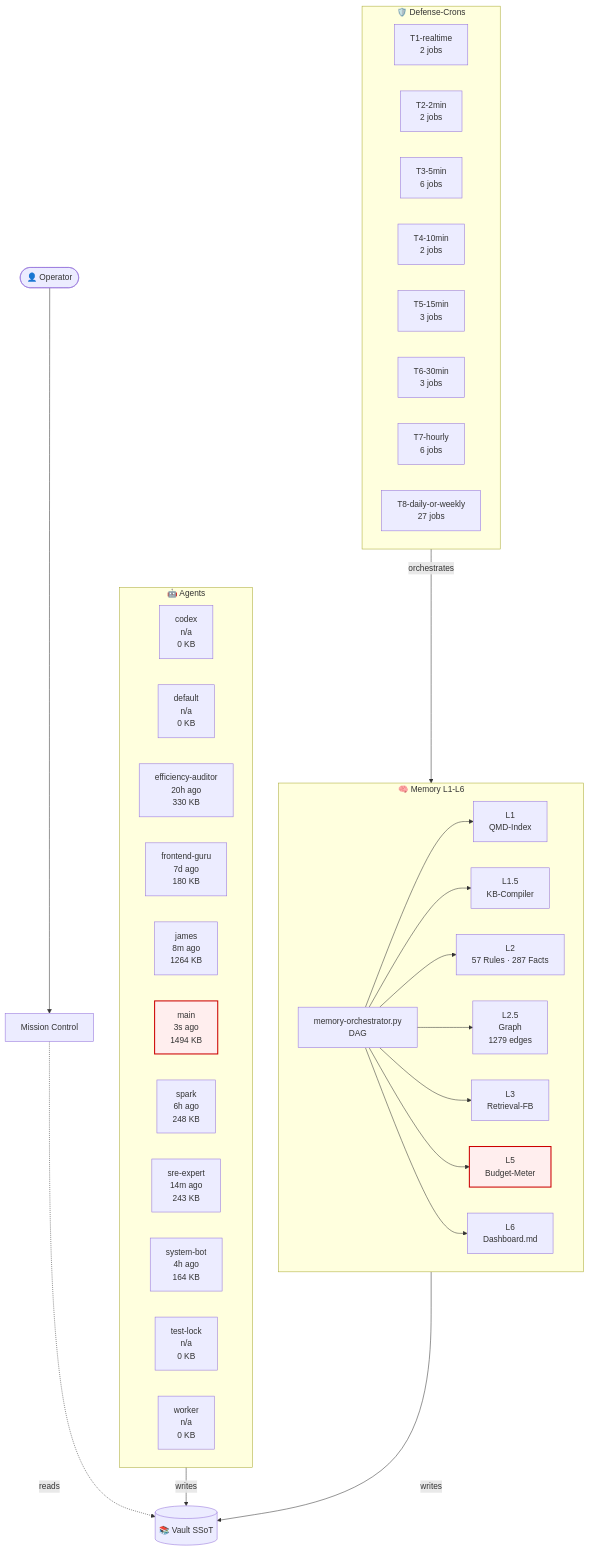
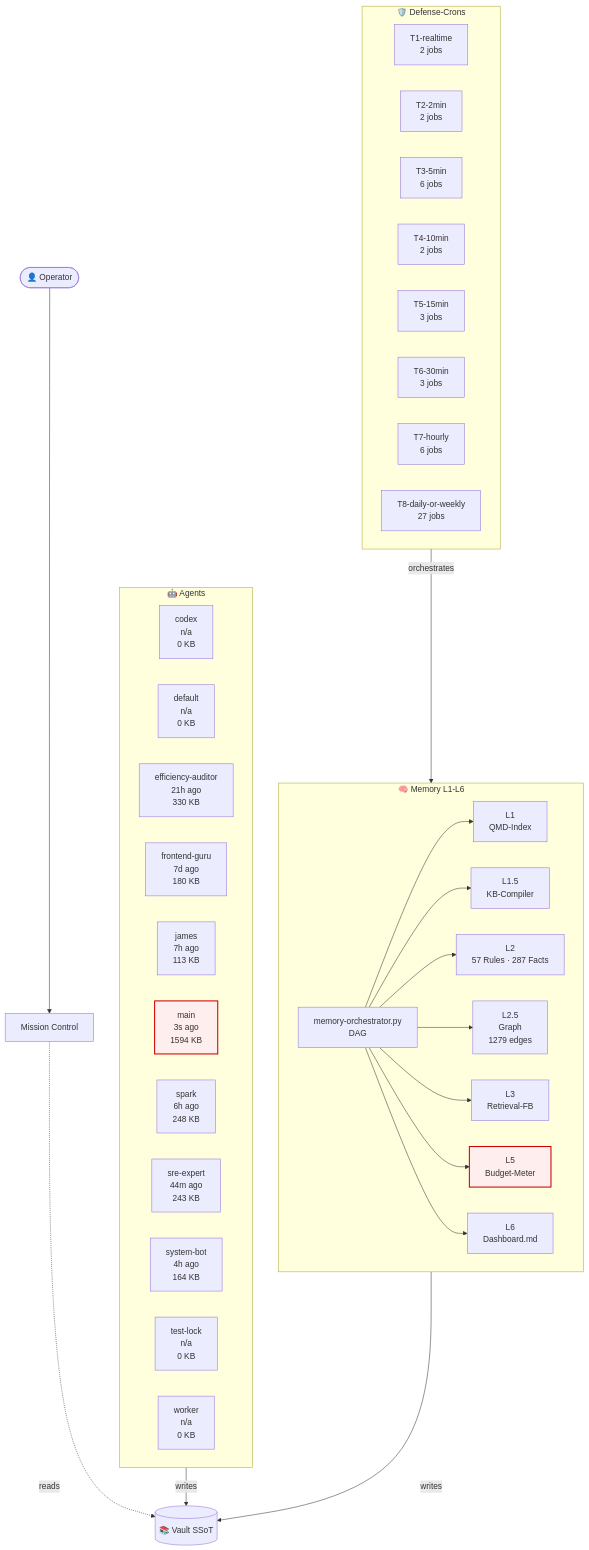
The diagram in 03-Agents/architecture-live.md (lenardhuebner88-rgb/openclaw-memory), drawn with Mermaid before and after one commit. The commit also changed other lines of this file and 1 other file, not shown here.

````diff
--- a/03-Agents/architecture-live.md
+++ b/03-Agents/architecture-live.md
@@ -18,54 +18,54 @@
 ```mermaid
 flowchart TB
     classDef critical fill:#fee,stroke:#c00,stroke-width:2px;
     subgraph AGT["🤖 Agents"]
         agent_codex["codex<br/>n/a<br/>0 KB"]
         agent_default["default<br/>n/a<br/>0 KB"]
-        agent_efficiency_auditor["efficiency-auditor<br/>20h ago<br/>330 KB"]
+        agent_efficiency_auditor["efficiency-auditor<br/>21h ago<br/>330 KB"]
         agent_frontend_guru["frontend-guru<br/>7d ago<br/>180 KB"]
-        agent_james["james<br/>8m ago<br/>1264 KB"]
-        agent_main["main<br/>3s ago<br/>1494 KB"]
+        agent_james["james<br/>7h ago<br/>113 KB"]
+        agent_main["main<br/>3s ago<br/>1594 KB"]
         agent_spark["spark<br/>6h ago<br/>248 KB"]
-        agent_sre_expert["sre-expert<br/>14m ago<br/>243 KB"]
+        agent_sre_expert["sre-expert<br/>44m ago<br/>243 KB"]
         agent_system_bot["system-bot<br/>4h ago<br/>164 KB"]
         agent_test_lock["test-lock<br/>n/a<br/>0 KB"]
         agent_worker["worker<br/>n/a<br/>0 KB"]
     end
     subgraph MEM["🧠 Memory L1-L6"]
         L1["L1<br/>QMD-Index"]
         L15["L1.5<br/>KB-Compiler"]
         L2["L2<br/>57 Rules · 287 Facts"]
         L25["L2.5<br/>Graph<br/>1279 edges"]
         L3["L3<br/>Retrieval-FB"]
         L5["L5<br/>Budget-Meter"]
         L6["L6<br/>Dashboard.md"]
         ORCH["memory-orchestrator.py<br/>DAG"]
     end
     subgraph CRN["🛡️ Defense-Crons"]
         tier_T1_realtime["T1-realtime<br/>2 jobs"]
         tier_T2_2min["T2-2min<br/>2 jobs"]
         tier_T3_5min["T3-5min<br/>6 jobs"]
         tier_T4_10min["T4-10min<br/>2 jobs"]
         tier_T5_15min["T5-15min<br/>3 jobs"]
         tier_T6_30min["T6-30min<br/>3 jobs"]
         tier_T7_hourly["T7-hourly<br/>6 jobs"]
         tier_T8_daily_or_weekly["T8-daily-or-weekly<br/>27 jobs"]
     end
     VAULT[("📚 Vault SSoT")]
     OP([👤 Operator])
     MC["Mission Control"]
     OP --> MC
     MC -.reads.-> VAULT
     AGT -->|writes| VAULT
     MEM -->|writes| VAULT
     ORCH --> L1
     ORCH --> L15
     ORCH --> L2
     ORCH --> L25
     ORCH --> L3
     ORCH --> L5
     ORCH --> L6
     CRN -->|orchestrates| MEM
     class L5 critical
     class agent_main critical
 ```
````
